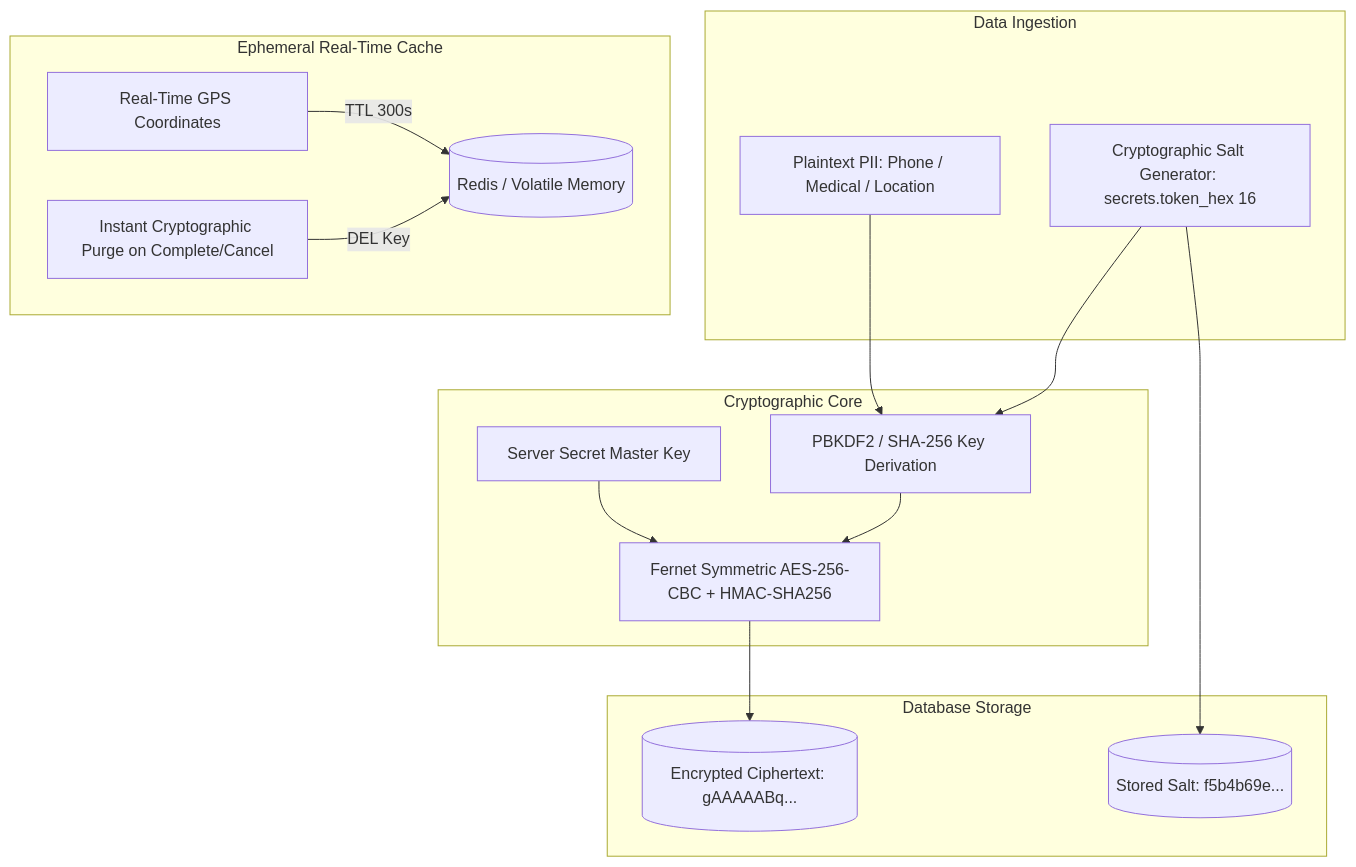
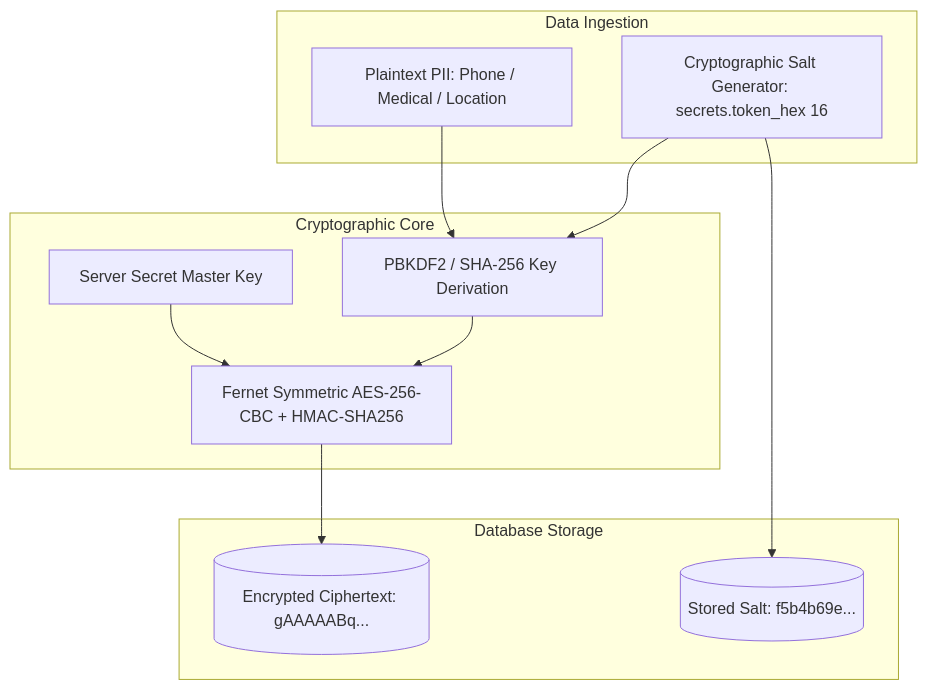
Before and after one commit to Script-By-Lin/KhuNyiKalSal: the third of 5 diagrams in system_specification.md, drawn with Mermaid. The commit also changed other lines of this file and 5 other files, not shown here.

````diff
--- a/system_specification.md
+++ b/system_specification.md
@@ -209,32 +166,23 @@
 ```mermaid
 flowchart TD
     subgraph Data Ingestion
         P[Plaintext PII: Phone / Medical / Location]
         S[Cryptographic Salt Generator: secrets.token_hex 16]
     end
 
     subgraph Cryptographic Core
         K[Server Secret Master Key]
         D[PBKDF2 / SHA-256 Key Derivation]
         F[Fernet Symmetric AES-256-CBC + HMAC-SHA256]
     end
 
     subgraph Database Storage
         ENC[(Encrypted Ciphertext: gAAAAABq...)]
         SALT[(Stored Salt: f5b4b69e...)]
     end
 
     P & S --> D
     K & D --> F
     F --> ENC
     S --> SALT
-
-    subgraph Ephemeral Real-Time Cache
-        GPS[Real-Time GPS Coordinates]
-        RAM[(Redis / Volatile Memory)]
-        PURGE[Instant Cryptographic Purge on Complete/Cancel]
-    end
-
-    GPS -->|TTL 300s| RAM
-    PURGE -->|DEL Key| RAM
 ```
````
